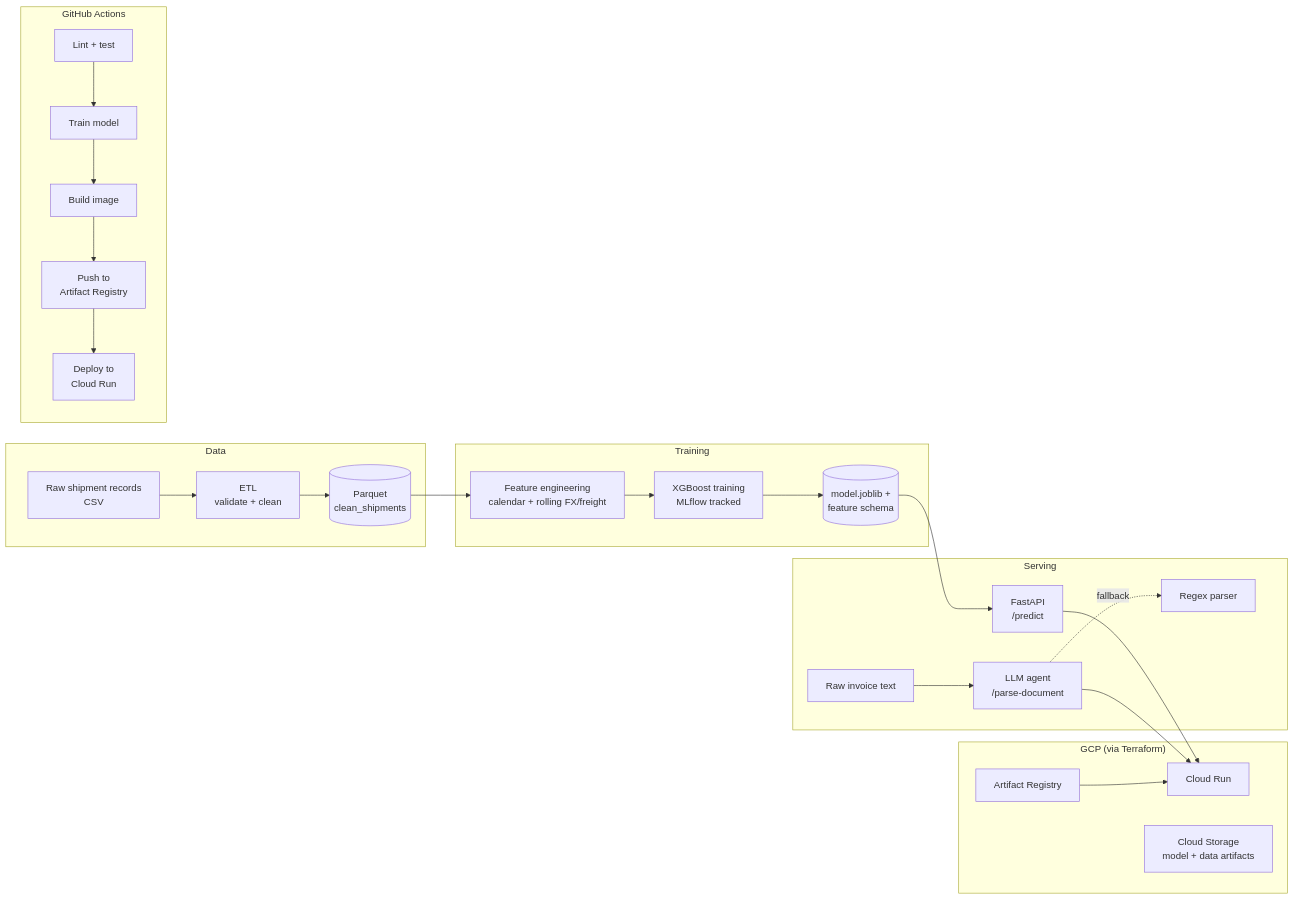
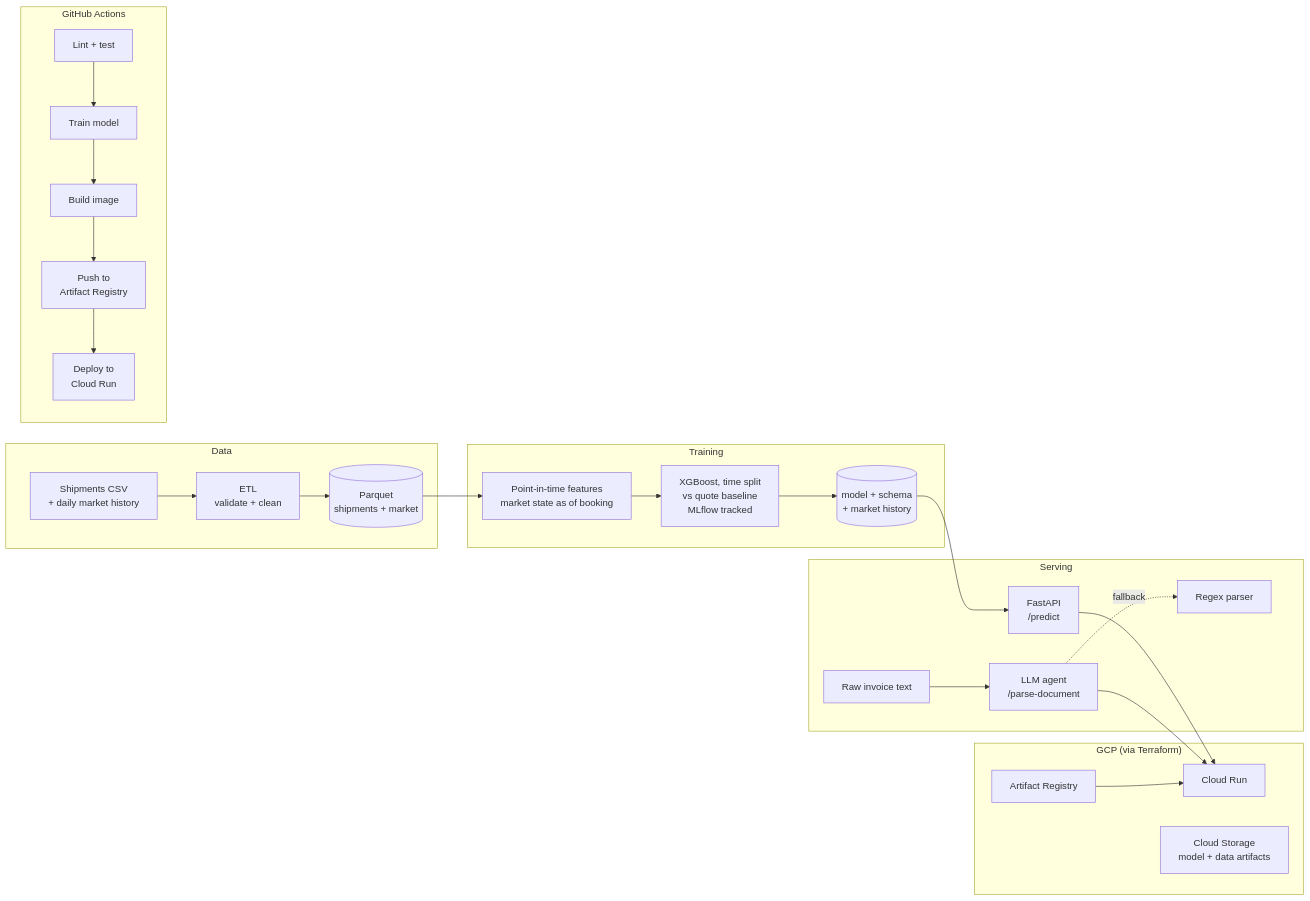
The diagram in README.md (Aeternifrigus/tradeflow-ML-V1), drawn with Mermaid before and after one commit. The commit also changed other lines of this file and 16 other files, not shown here.

Commit message:
Reframe as booking-time forecast; fix leakage, serving skew and parser

````diff
--- a/README.md
+++ b/README.md
@@ -16,31 +33,31 @@
 ```mermaid
 flowchart LR
     subgraph Data
-        A[Raw shipment records\nCSV] --> B[ETL\nvalidate + clean]
-        B --> C[(Parquet\nclean_shipments)]
+        A[Shipments CSV\n+ daily market history] --> B[ETL\nvalidate + clean]
+        B --> C[(Parquet\nshipments + market)]
     end
 
     subgraph Training
-        C --> D[Feature engineering\ncalendar + rolling FX/freight]
-        D --> E[XGBoost training\nMLflow tracked]
-        E --> F[(model.joblib +\nfeature schema)]
+        C --> D[Point-in-time features\nmarket state as of booking]
+        D --> E[XGBoost, time split\nvs quote baseline\nMLflow tracked]
+        E --> F[(model + schema\n+ market history)]
     end
 
     subgraph Serving
         F --> G[FastAPI\n/predict]
         H[Raw invoice text] --> I[LLM agent\n/parse-document]
         I -.fallback.-> J[Regex parser]
     end
 
     subgraph Cloud["GCP (via Terraform)"]
         K[Artifact Registry] --> L[Cloud Run]
         M[Cloud Storage\nmodel + data artifacts]
     end
 
     G --> L
     I --> L
 
     subgraph CICD["GitHub Actions"]
         N[Lint + test] --> O[Train model] --> P[Build image] --> Q[Push to\nArtifact Registry] --> R[Deploy to\nCloud Run]
     end
 ```
````
